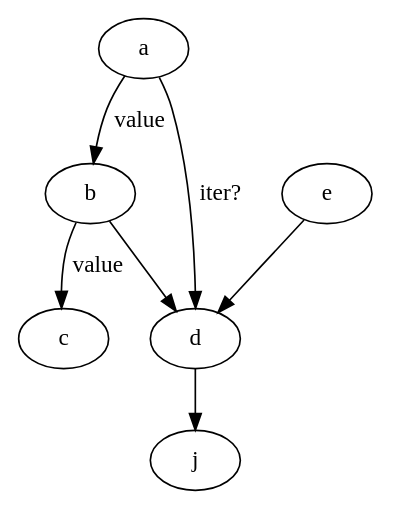
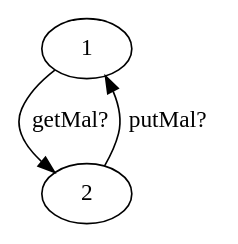
The diagram in dotFile/test.dot (masters-info-nantes/ter-modeles), drawn with Graphviz before and after one commit. The commit also changed 2 other files, not shown here.

Commit message:
[Fix] Assume entry point in graph when all nodes have entry points

```diff
--- a/dotFile/test.dot
+++ b/dotFile/test.dot
@@ -1,7 +1,4 @@
  digraph mon_graphe {
-	a -> b -> c[label=value];
-	b -> d;
-	a->d[label="iter?"];
-	e->d;
-	d-> j;
+ 	1 -> 2[label="getMal?"];
+ 	2 -> 1[label="putMal?"];
  }
```
